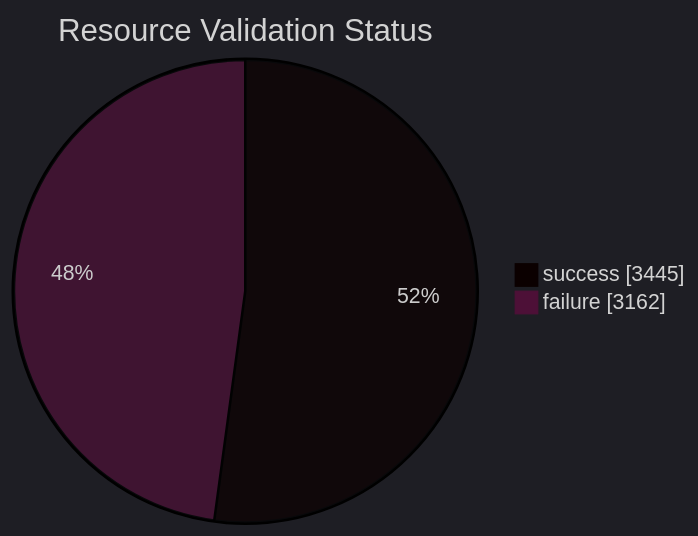
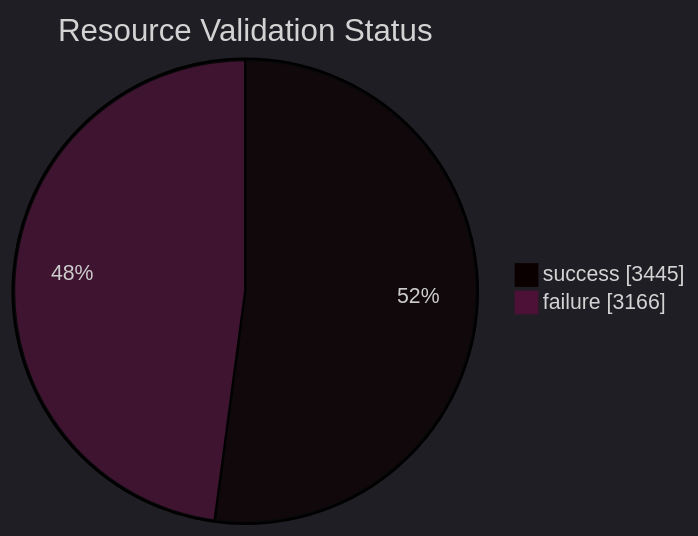
The diagram in datastore_tracker/resource_validation_status_pie_chart.md (open-data/analytics-corporate-reporting), drawn with Mermaid before and after one commit. The commit also changed 9 other files, not shown here.

````diff
--- a/datastore_tracker/resource_validation_status_pie_chart.md
+++ b/datastore_tracker/resource_validation_status_pie_chart.md
@@ -2,9 +2,9 @@
 ```mermaid
 ---
 config:
   theme: dark
 ---
 pie showData title Resource Validation Status
     "success": 3445
-    "failure": 3162
+    "failure": 3166
 ```
````
